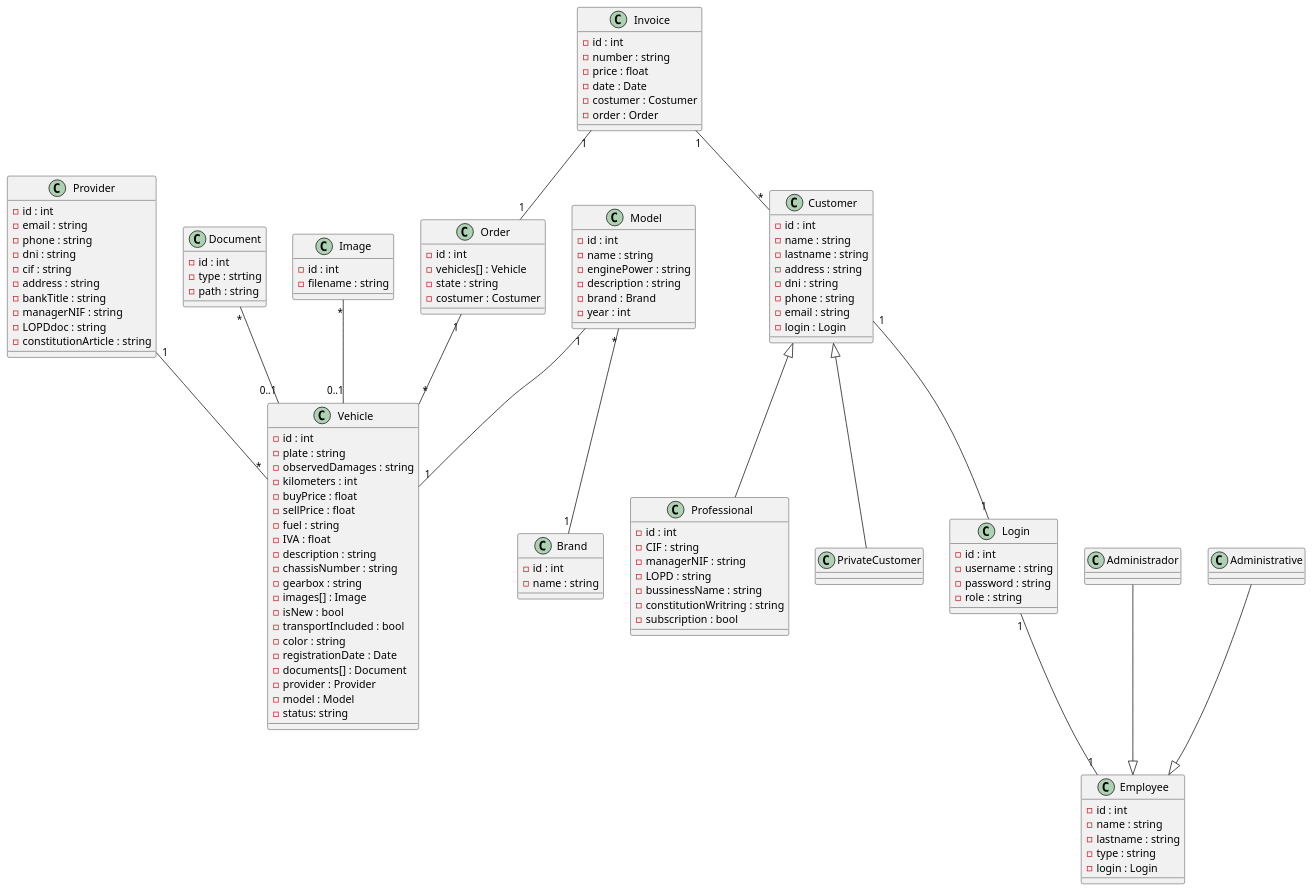
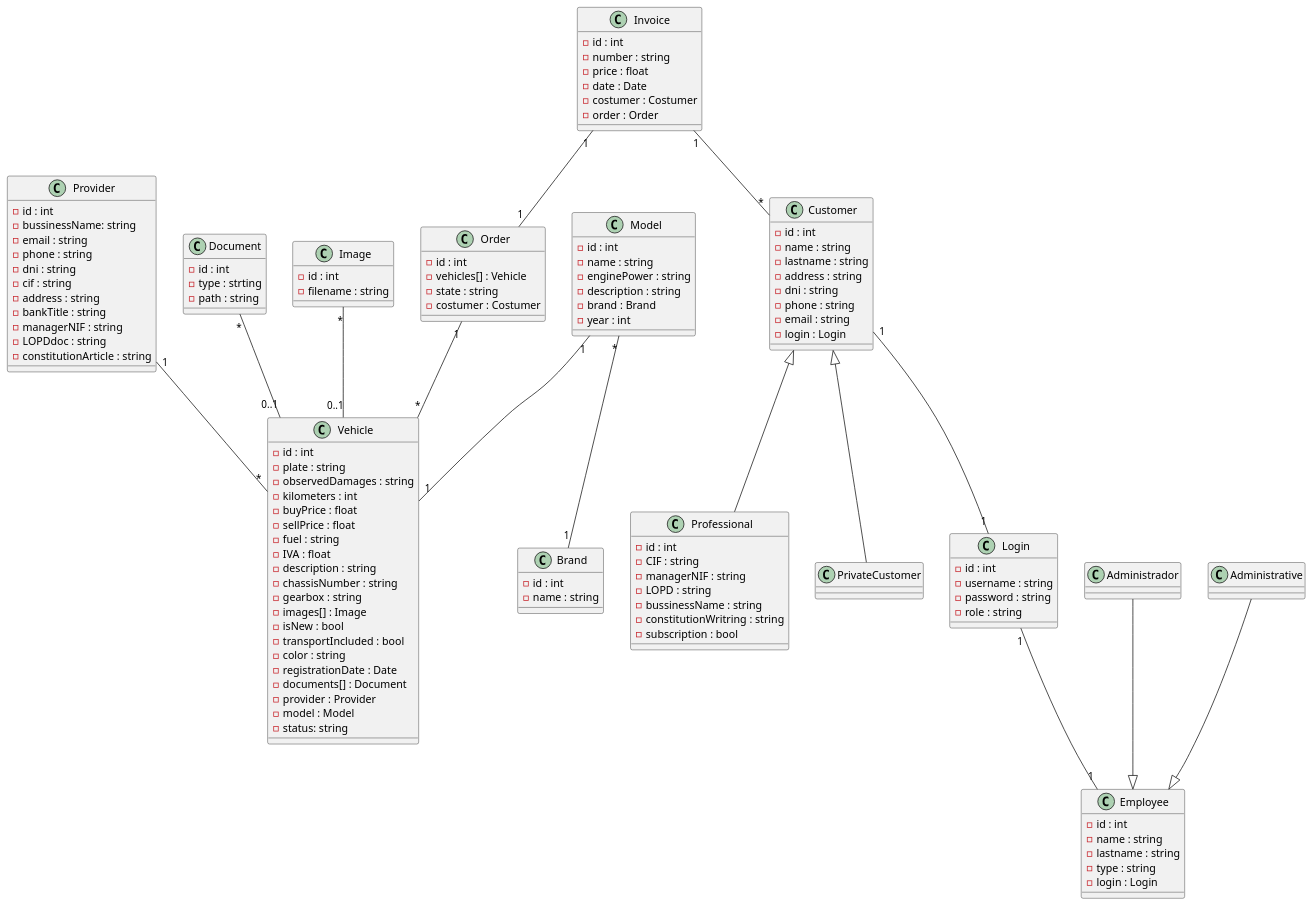
The diagram in docs/diagrama de classes.puml (rinaprince/ProjecteGIT), drawn with PlantUML before and after one commit.

Commit message:
canvi en la classe Provider

```diff
--- a/docs/diagrama de classes.puml
+++ b/docs/diagrama de classes.puml
@@ -1,138 +1,139 @@
 @startuml
 
 class Vehicle {
 - id : int
 - plate : string
 - observedDamages : string
 - kilometers : int
 - buyPrice : float
 - sellPrice : float
 - fuel : string
 - IVA : float
 - description : string
 - chassisNumber : string
 - gearbox : string
 - images[] : Image
 - isNew : bool
 - transportIncluded : bool
 - color : string
 - registrationDate : Date
 - documents[] : Document
 - provider : Provider
 - model : Model
 - status: string
 }
 
 class Provider {
 - id : int
+- bussinessName: string
 - email : string
 - phone : string
 - dni : string
 - cif : string
 - address : string
 - bankTitle : string
 - managerNIF : string
 - LOPDdoc : string
 - constitutionArticle : string
 }
 
 class Document {
 - id : int
 - type : strting
 - path : string
 }
 
 class Image {
 - id : int
 - filename : string
 }
 
 class Model {
 - id : int
 - name : string
 - enginePower : string
 - description : string
 - brand : Brand
 - year : int
 }
 
 class Order {
 - id : int
 - vehicles[] : Vehicle
 - state : string
 - costumer : Costumer
 }
 
 class Professional {
 - id : int
 - CIF : string
 - managerNIF : string
 - LOPD : string
 - bussinessName : string
 - constitutionWritring : string
 - subscription : bool
 }
 
 class PrivateCustomer {}
 
 class Invoice {
 - id : int
 - number : string
 - price : float
 - date : Date
 - costumer : Costumer
 - order : Order
 }
 
 class Employee {
 - id : int
 - name : string
 - lastname : string
 - type : string
 - login : Login
 }
 
 class Login {
 - id : int
 - username : string
 - password : string
 - role : string
 }
 
 class Administrador {}
 
 class Administrative {}
 
 class Brand {
 - id : int
 - name : string
 }
 
 class Customer {
 - id : int
 - name : string
 - lastname : string
 - address : string
 - dni : string
 - phone : string
 - email : string
 - login : Login
 }
 
 Provider  "1" -- "*" Vehicle
 Document "*"  --  "0..1" Vehicle
 Image "*" -- "0..1" Vehicle
 Model "1" -- "1" Vehicle
 Model "*" -- "1" Brand
 Login "1" -- "1" Employee
 Order "1" -- "*" Vehicle
 
 Customer  <|--  PrivateCustomer
 Customer  <|--  Professional
 Customer "1" -- "1" Login
 Invoice "1" -- "*" Customer
 Invoice "1" --  "1" Order
 Administrador  --|>  Employee
 Administrative  --|>  Employee
 
 @enduml
```
